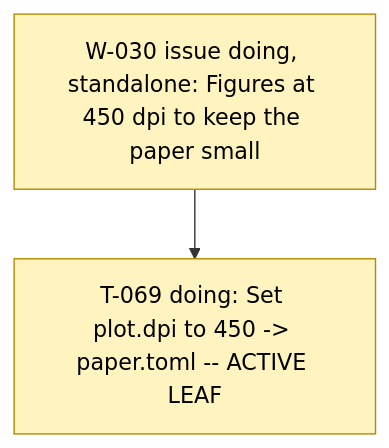
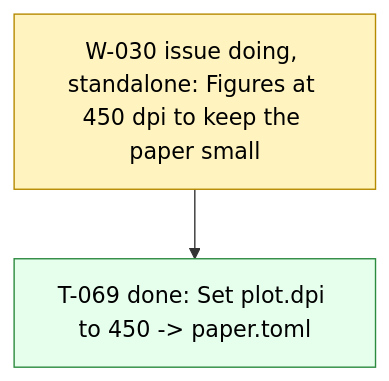
One commit to dpopchev/surrogate-models changed the diagram in .board/BOARD.md. Above: the diagram before and after it, drawn with Mermaid. The commit also changed other lines of this file and 1 other file, not shown here.

Commit message:
chore: close T-069 on the board
Refs: W-030 T-069

````diff
--- a/.board/BOARD.md
+++ b/.board/BOARD.md
@@ -197,11 +197,12 @@
 ```mermaid
 flowchart TD
   W030["W-030 issue doing, standalone: Figures at 450 dpi to keep the paper small"]
-  W030 --> T069["T-069 doing: Set plot.dpi to 450 -> paper.toml -- ACTIVE LEAF"]
+  W030 --> T069["T-069 done: Set plot.dpi to 450 -> paper.toml"]
   classDef doing fill:#fff3bf,stroke:#b58900,color:#000;
   classDef blocked fill:#ffe3e3,stroke:#c92a2a,color:#000;
   classDef done fill:#e6ffed,stroke:#2b8a3e,color:#000;
   classDef todo fill:#f8f9fa,stroke:#868e96,color:#000;
   classDef pruned fill:#f1f3f5,stroke:#adb5bd,color:#000;
-  class W030,T069 doing
+  class W030 doing
+  class T069 done
 ```
````
